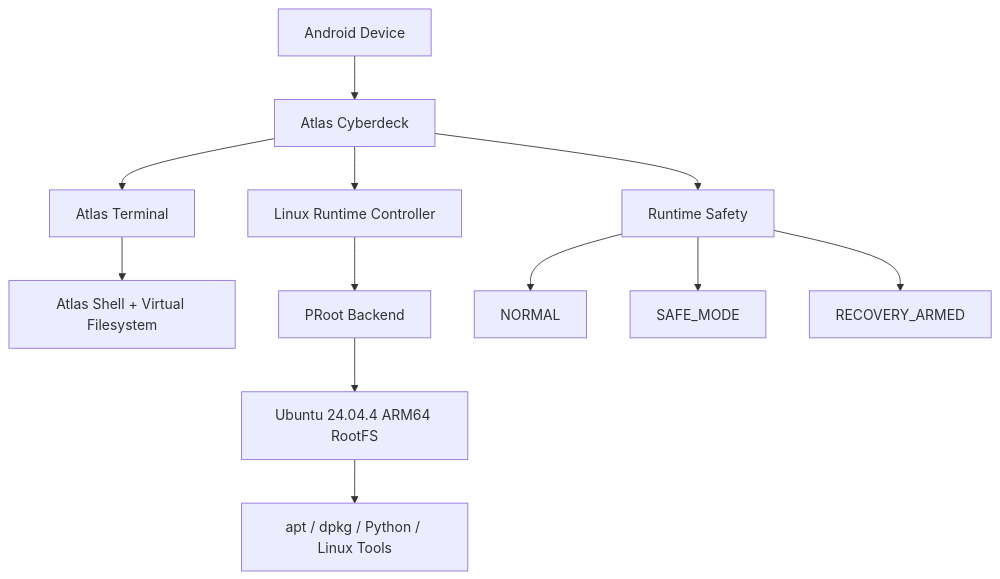
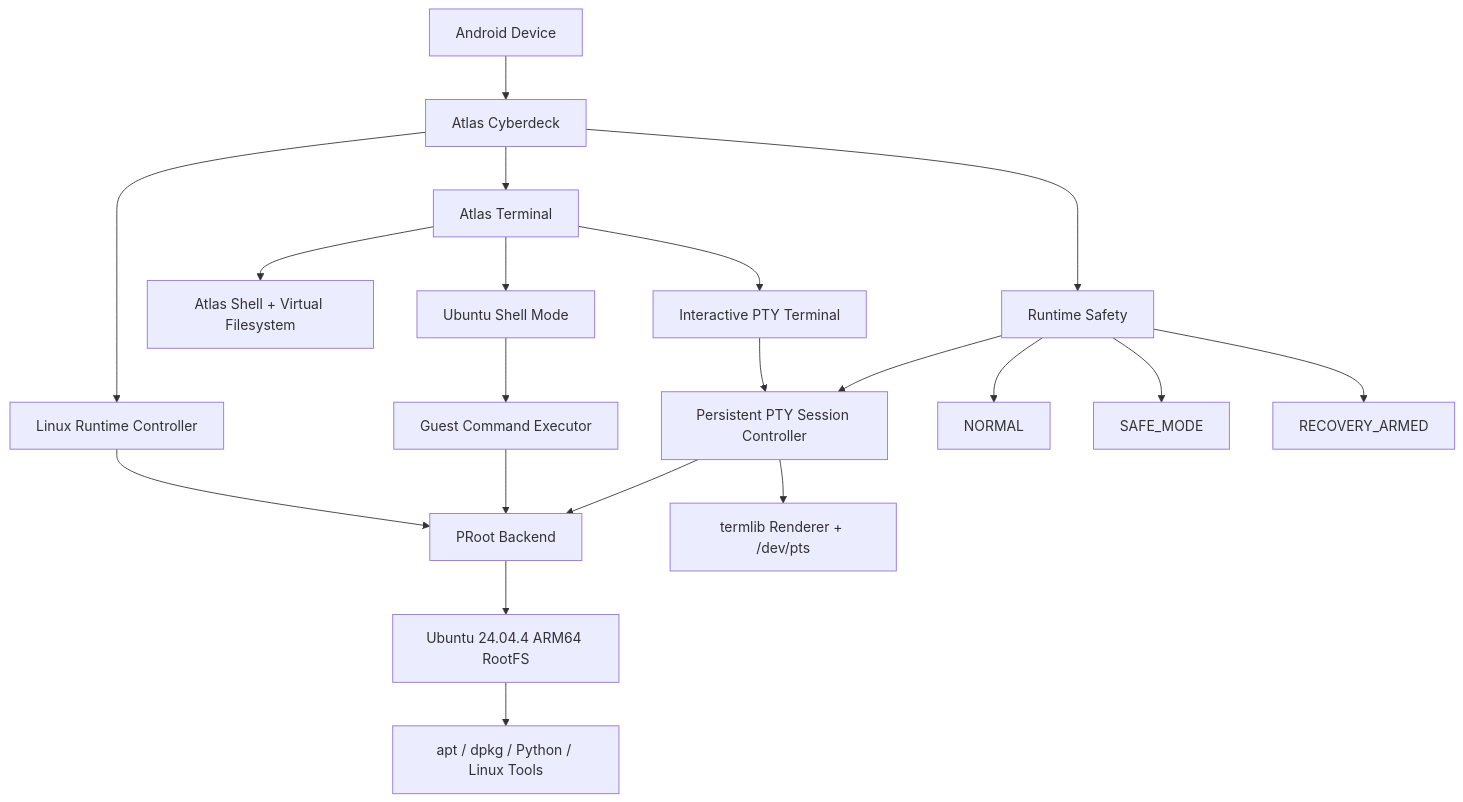
The first of 3 diagrams in README.md (noahrose82/Atlas-Cyberdeck), drawn with Mermaid before and after one commit. The commit also changed other lines of this file, not shown here.

Commit message:
docs: document interactive PTY terminal support

````diff
--- a/README.md
+++ b/README.md
@@ -121,17 +151,28 @@
 ```mermaid
 flowchart TD
     A["Android Device"] --> B["Atlas Cyberdeck"]
     B --> C["Atlas Terminal"]
     B --> D["Linux Runtime Controller"]
     B --> E["Runtime Safety"]
 
     C --> F["Atlas Shell + Virtual Filesystem"]
+    C --> M["Ubuntu Shell Mode"]
+    C --> N["Interactive PTY Terminal"]
+
     D --> G["PRoot Backend"]
+    M --> O["Guest Command Executor"]
+    O --> G
+
+    N --> P["Persistent PTY Session Controller"]
+    P --> Q["termlib Renderer + /dev/pts"]
+    P --> G
+
     G --> H["Ubuntu 24.04.4 ARM64 RootFS"]
 
     E --> I["NORMAL"]
     E --> J["SAFE_MODE"]
     E --> K["RECOVERY_ARMED"]
+    E --> P
 
     H --> L["apt / dpkg / Python / Linux Tools"]
 ```
````
